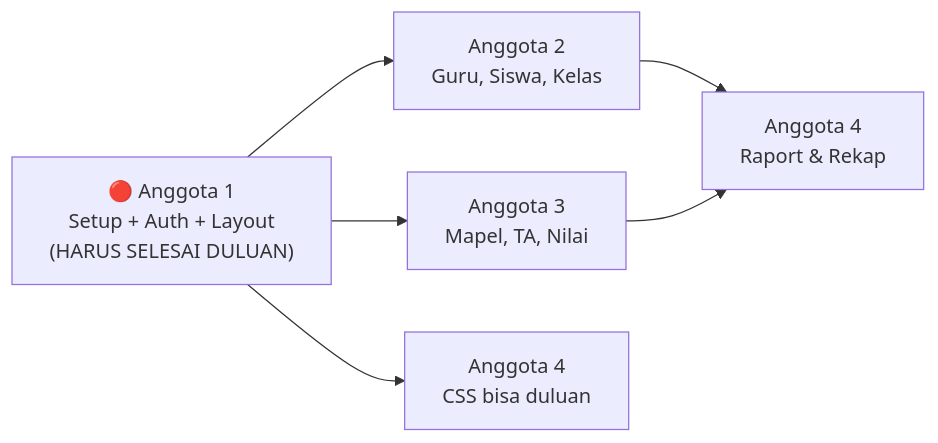
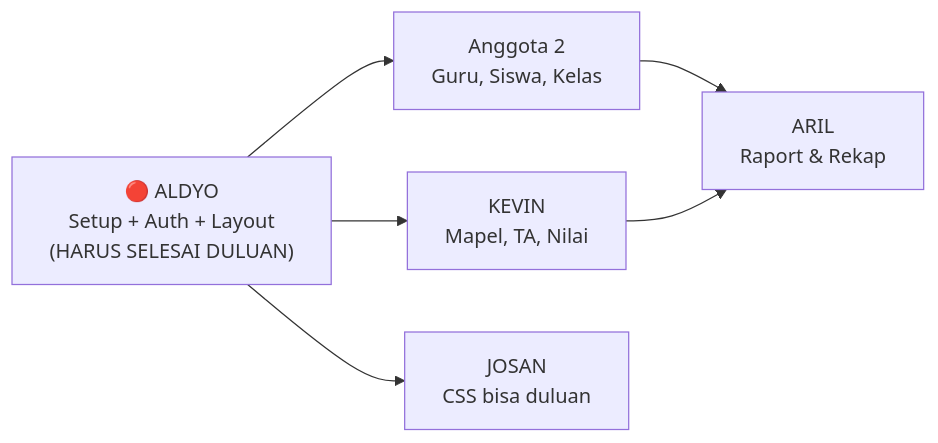
One commit to Aldyo-30/TR-PBP changed the second of 2 diagrams in README.md. Above: the diagram before and after it, drawn with Mermaid.

Commit message:
Revise job desk distribution and project overview
Updated the job desk distribution and project overview in the README file, including detailed tasks for each team member and their respective features.

````diff
--- a/README.md
+++ b/README.md
@@ -206,8 +206,8 @@
 ```mermaid
 graph LR
-    A1["🔴 Anggota 1<br/>Setup + Auth + Layout<br/>(HARUS SELESAI DULUAN)"] --> A2["Anggota 2<br/>Guru, Siswa, Kelas"]
-    A1 --> A3["Anggota 3<br/>Mapel, TA, Nilai"]
-    A1 --> A4["Anggota 4<br/>CSS bisa duluan"]
-    A2 --> A4b["Anggota 4<br/>Raport & Rekap"]
+    A1["🔴 ALDYO<br/>Setup + Auth + Layout<br/>(HARUS SELESAI DULUAN)"] --> A2["Anggota 2<br/>Guru, Siswa, Kelas"]
+    A1 --> A3["KEVIN<br/>Mapel, TA, Nilai"]
+    A1 --> A4["JOSAN<br/>CSS bisa duluan"]
+    A2 --> A4b["ARIL<br/>Raport & Rekap"]
     A3 --> A4b
 ```
````
